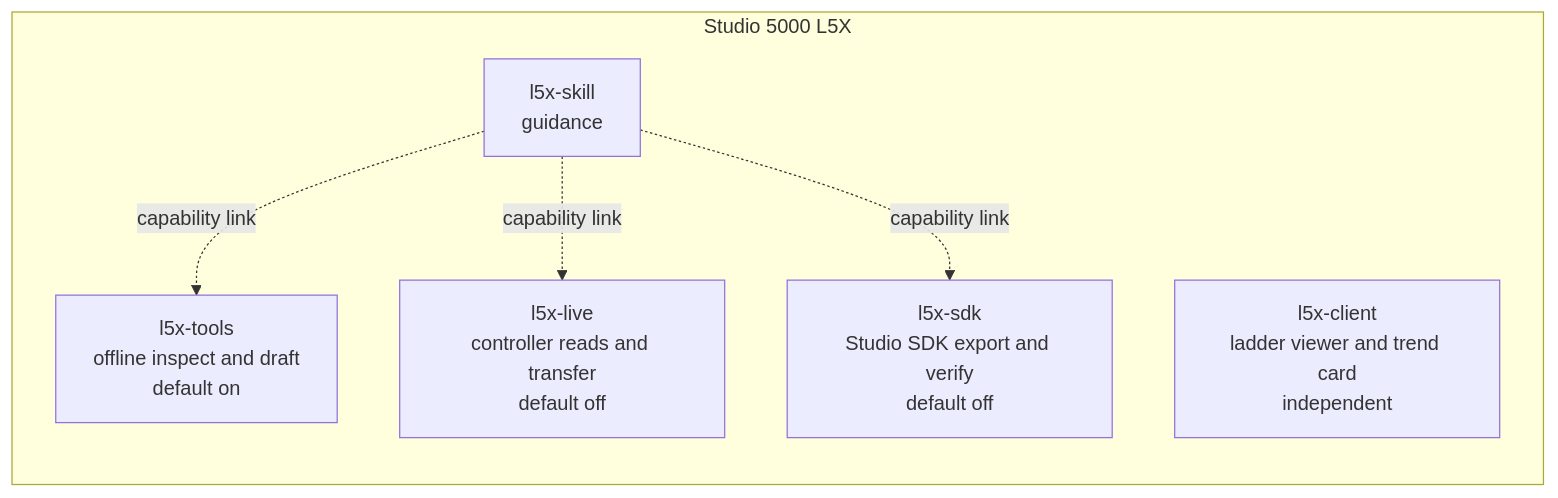
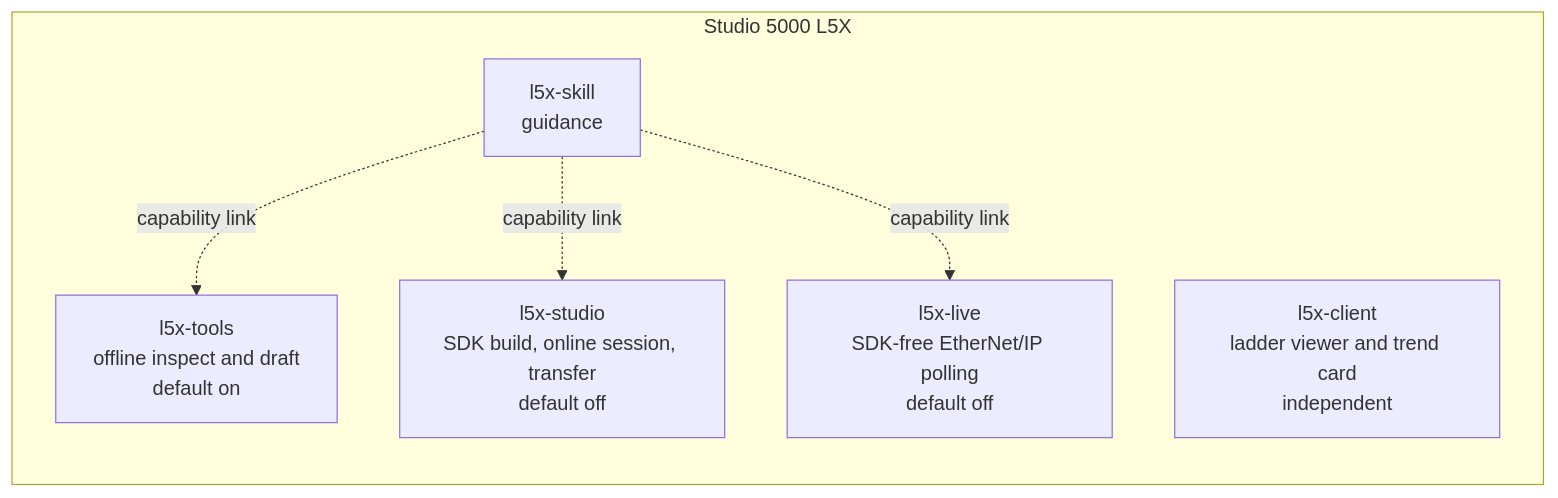
One commit to KonnectSuite/dsh-engineering changed the first of 3 diagrams in docs/port/l5x.md. Above: the diagram before and after it, drawn with Mermaid. The commit also changed other lines of this file and 1 other file, not shown here.

Commit message:
Settle the L5X port decisions and split the studio lifecycle

````diff
--- a/docs/port/l5x.md
+++ b/docs/port/l5x.md
@@ -101,13 +101,13 @@
 ```mermaid
 flowchart LR
   subgraph L5X["Studio 5000 L5X"]
     T["l5x-tools<br/>offline inspect and draft<br/>default on"]
-    L["l5x-live<br/>controller reads and transfer<br/>default off"]
-    S["l5x-sdk<br/>Studio SDK export and verify<br/>default off"]
+    ST["l5x-studio<br/>SDK build, online session, transfer<br/>default off"]
+    LV["l5x-live<br/>SDK-free EtherNet/IP polling<br/>default off"]
     K["l5x-skill<br/>guidance"]
     C["l5x-client<br/>ladder viewer and trend card<br/>independent"]
   end
   K -.->|capability link| T
-  K -.->|capability link| L
-  K -.->|capability link| S
+  K -.->|capability link| ST
+  K -.->|capability link| LV
 ```
````
